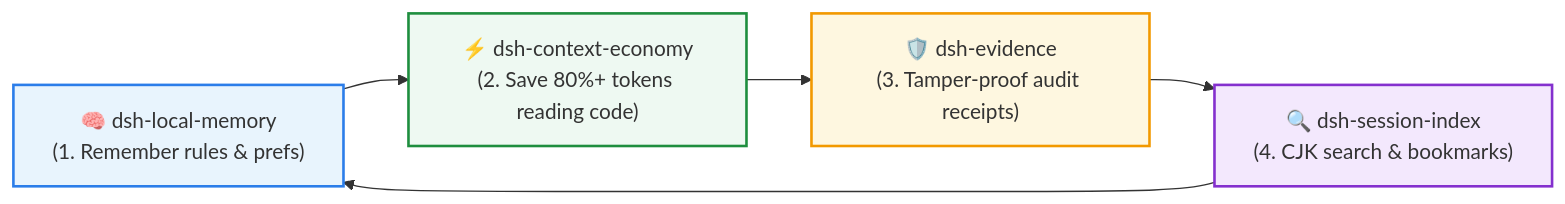
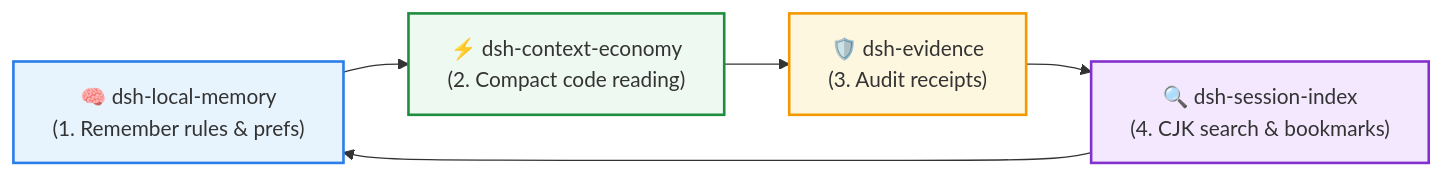
Before and after one commit to huangjua/dsh-session-index: the diagram in README.md, drawn with Mermaid. The commit also changed other lines of this file and 309 other files, not shown here.

````diff
--- a/README.md
+++ b/README.md
@@ -51,12 +57,12 @@
 ```mermaid
 flowchart LR
-    M["🧠 dsh-local-memory<br>(1. Remember rules & prefs)"] --> E["⚡ dsh-context-economy<br>(2. Save 80%+ tokens reading code)"]
-    E --> A["🛡️ dsh-evidence<br>(3. Tamper-proof audit receipts)"]
+    M["🧠 dsh-local-memory<br>(1. Remember rules & prefs)"] --> E["⚡ dsh-context-economy<br>(2. Compact code reading)"]
+    E --> A["🛡️ dsh-evidence<br>(3. Audit receipts)"]
     A --> S["🔍 dsh-session-index<br>(4. CJK search & bookmarks)"]
     S --> M
 
     style M fill:#e8f4fd,stroke:#2b7de9,stroke-width:2px
     style E fill:#eef9f2,stroke:#1e8e3e,stroke-width:2px
     style A fill:#fef7e0,stroke:#f29900,stroke-width:2px
     style S fill:#f3e8fd,stroke:#8430ce,stroke-width:2px
 ```
````
